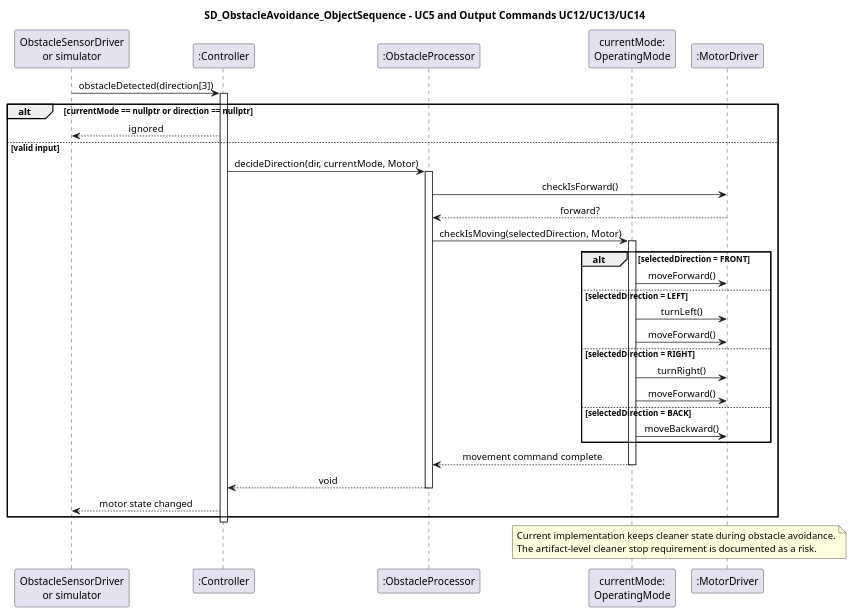
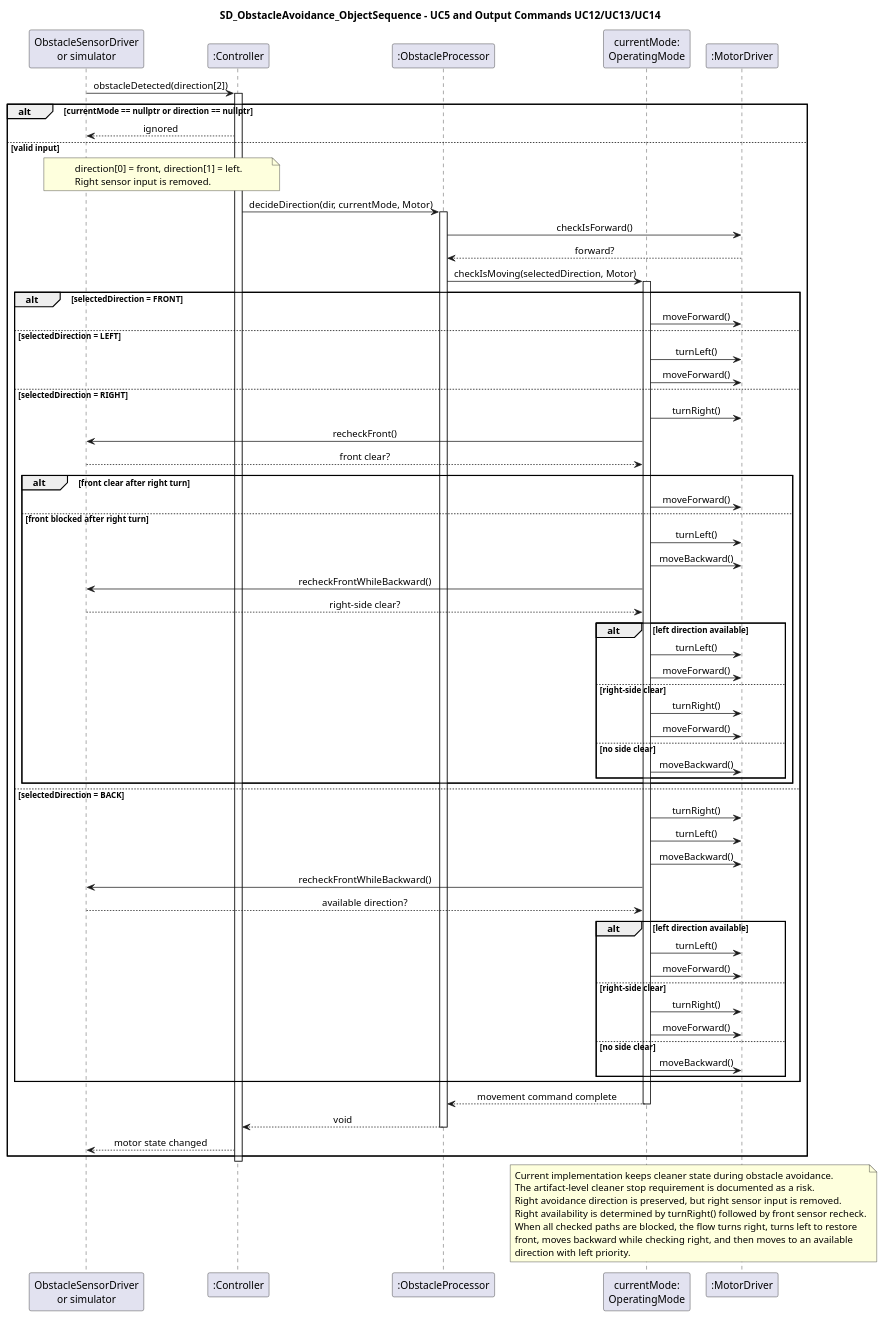
Before and after one commit to YoonBoorue/OOAD_TEAM1: the diagram in docs/ai-output/sdd_sd_obstacle_avoidance.puml, drawn with PlantUML. The commit also changed 10 other files, not shown here.

```diff
--- a/docs/ai-output/sdd_sd_obstacle_avoidance.puml
+++ b/docs/ai-output/sdd_sd_obstacle_avoidance.puml
@@ -4,48 +4,88 @@
 @startuml SD_ObstacleAvoidance_ObjectSequence
 title SD_ObstacleAvoidance_ObjectSequence - UC5 and Output Commands UC12/UC13/UC14
 
 skinparam sequenceMessageAlign center
 skinparam responseMessageBelowArrow true
 
 participant "ObstacleSensorDriver\nor simulator" as ObstacleSensor
 participant ":Controller" as C
 participant ":ObstacleProcessor" as Processor
 participant "currentMode:\nOperatingMode" as Mode
 participant ":MotorDriver" as Motor
 
-ObstacleSensor -> C: obstacleDetected(direction[3])
+ObstacleSensor -> C: obstacleDetected(direction[2])
 activate C
 alt currentMode == nullptr or direction == nullptr
   C --> ObstacleSensor: ignored
 else valid input
+  note over ObstacleSensor, C
+  direction[0] = front, direction[1] = left.
+  Right sensor input is removed.
+  end note
   C -> Processor: decideDirection(dir, currentMode, Motor)
   activate Processor
   Processor -> Motor: checkIsForward()
   Motor --> Processor: forward?
   Processor -> Mode: checkIsMoving(selectedDirection, Motor)
   activate Mode
   alt selectedDirection = FRONT
     Mode -> Motor: moveForward()
   else selectedDirection = LEFT
     Mode -> Motor: turnLeft()
     Mode -> Motor: moveForward()
   else selectedDirection = RIGHT
     Mode -> Motor: turnRight()
-    Mode -> Motor: moveForward()
+    Mode -> ObstacleSensor: recheckFront()
+    ObstacleSensor --> Mode: front clear?
+    alt front clear after right turn
+      Mode -> Motor: moveForward()
+    else front blocked after right turn
+      Mode -> Motor: turnLeft()
+      Mode -> Motor: moveBackward()
+      Mode -> ObstacleSensor: recheckFrontWhileBackward()
+      ObstacleSensor --> Mode: right-side clear?
+      alt left direction available
+        Mode -> Motor: turnLeft()
+        Mode -> Motor: moveForward()
+      else right-side clear
+        Mode -> Motor: turnRight()
+        Mode -> Motor: moveForward()
+      else no side clear
+        Mode -> Motor: moveBackward()
+      end
+    end
   else selectedDirection = BACK
+    Mode -> Motor: turnRight()
+    Mode -> Motor: turnLeft()
     Mode -> Motor: moveBackward()
+    Mode -> ObstacleSensor: recheckFrontWhileBackward()
+    ObstacleSensor --> Mode: available direction?
+    alt left direction available
+      Mode -> Motor: turnLeft()
+      Mode -> Motor: moveForward()
+    else right-side clear
+      Mode -> Motor: turnRight()
+      Mode -> Motor: moveForward()
+    else no side clear
+      Mode -> Motor: moveBackward()
+    end
   end
   Mode --> Processor: movement command complete
   deactivate Mode
   Processor --> C: void
   deactivate Processor
   C --> ObstacleSensor: motor state changed
 end
 deactivate C
 
 note over Mode, Motor
 Current implementation keeps cleaner state during obstacle avoidance.
 The artifact-level cleaner stop requirement is documented as a risk.
+Right avoidance direction is preserved, but right sensor input is removed.
+Right availability is determined by turnRight() followed by front sensor recheck.
+When all checked paths are blocked, the flow turns right, turns left to restore
+front, moves backward while checking right, and then moves to an available
+direction with left priority.
 end note
 
 @enduml
```
